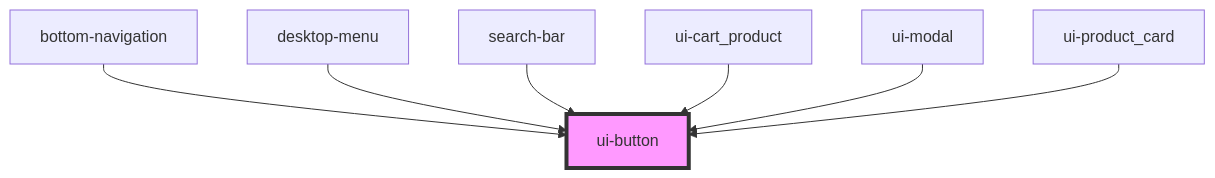
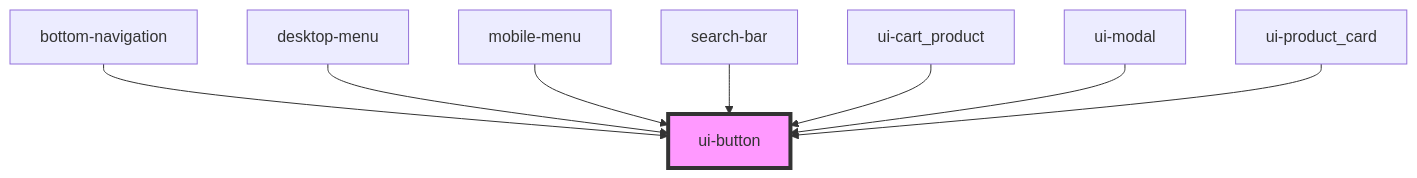
The diagram in src/components/ui-button/readme.md (ankitghanekar-hcl/ui-shared-web-components), drawn with Mermaid before and after one commit. The commit also changed other lines of this file and 21 other files, not shown here.

````diff
--- a/src/components/ui-button/readme.md
+++ b/src/components/ui-button/readme.md
@@ -29,10 +30,11 @@
 ```mermaid
 graph TD;
   bottom-navigation --> ui-button
   desktop-menu --> ui-button
+  mobile-menu --> ui-button
   search-bar --> ui-button
   ui-cart_product --> ui-button
   ui-modal --> ui-button
   ui-product_card --> ui-button
   style ui-button fill:#f9f,stroke:#333,stroke-width:4px
 ```
````
